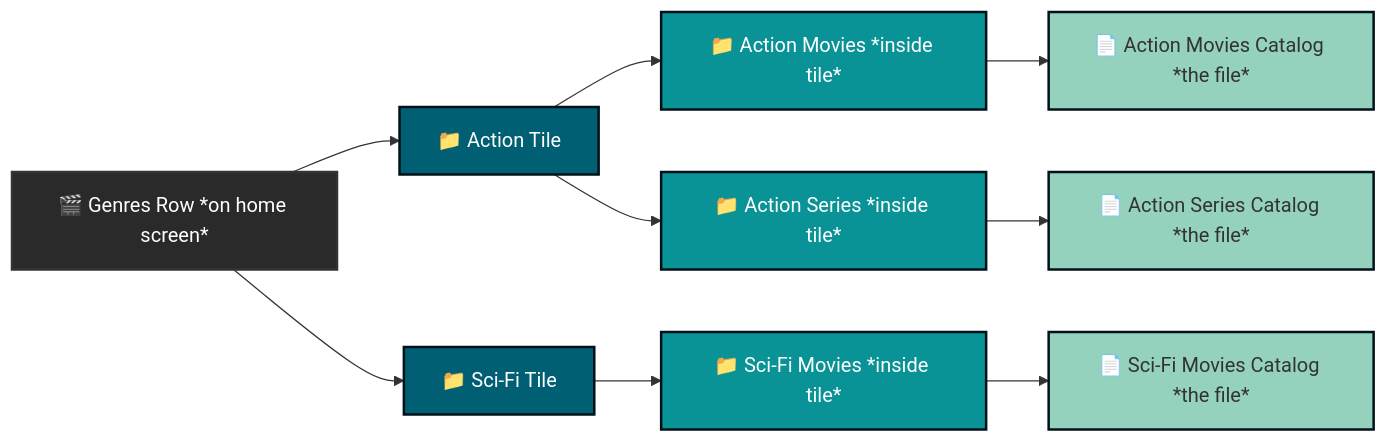
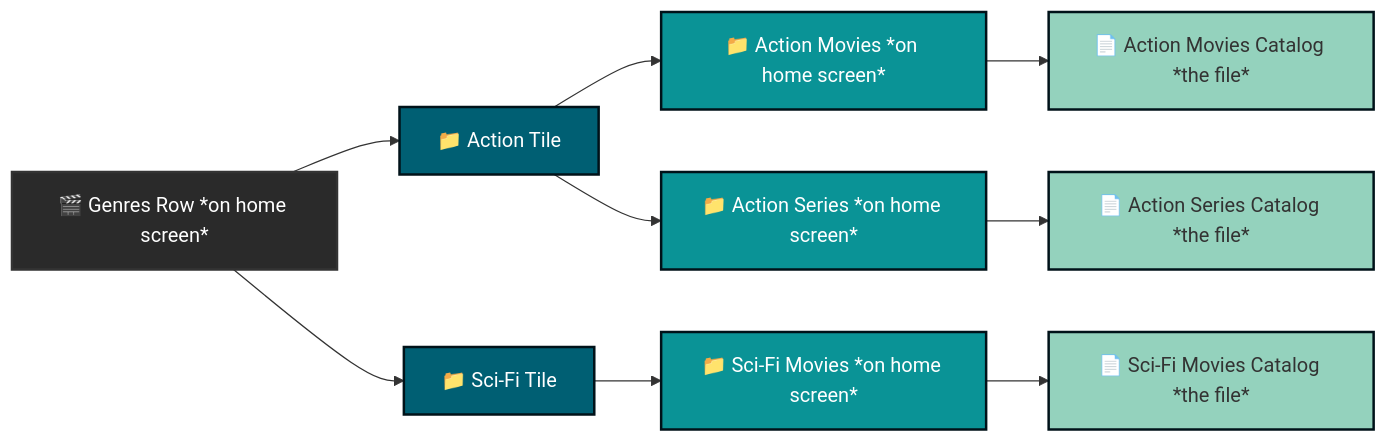
The diagram in docs/settings/collections.md (sappy-69/Nuvio-Wiki), drawn with Mermaid before and after one commit.

````diff
--- a/docs/settings/collections.md
+++ b/docs/settings/collections.md
@@ -24,27 +24,27 @@
 ```mermaid
 graph LR
     %% Level 1: Collection Row on Home Screen
     Row[🎬 Genres Row *on home screen*] --> Tile1[📁 Action Tile]
     Row --> Tile2[📁 Sci-Fi Tile]
 
     %% Level 2 & 3: Tiles containing sub-folders
-    Tile1 --> Action_Movies_SubFolder[📁 Action Movies *inside tile*]
-    Tile1 --> Action_Shows_SubFolder[📁 Action Series *inside tile*]
-    Tile2 --> SciFi_Movies_SubFolder[📁 Sci-Fi Movies *inside tile*]
+    Tile1 --> Action_Movies_SubFolder[📁 Action Movies *on home screen*]
+    Tile1 --> Action_Shows_SubFolder[📁 Action Series *on home screen*]
+    Tile2 --> SciFi_Movies_SubFolder[📁 Sci-Fi Movies *on home screen*]
 
     %% Level 4: The final files/catalogs
     Action_Movies_SubFolder --> Action_Movies_Catalog[📄 Action Movies Catalog *the file*]
     Action_Shows_SubFolder --> Action_Shows_Catalog[📄 Action Series Catalog *the file*]
     SciFi_Movies_SubFolder --> SciFi_Movies_Catalog[📄 Sci-Fi Movies Catalog *the file*]
 
     %% Styling
     classDef row fill:#2a2a2a,stroke:#333,stroke-width:2px,color:#fff
     classDef tile fill:#005f73,stroke:#001219,stroke-width:2px,color:#fff
     classDef subfolder fill:#0a9396,stroke:#001219,stroke-width:2px,color:#fff
     classDef file fill:#94d2bd,stroke:#001219,stroke-width:2px,color:#333
 
     class Row row
     class Tile1,Tile2 tile
     class Action_Movies_SubFolder,Action_Shows_SubFolder,SciFi_Movies_SubFolder subfolder
     class Action_Movies_Catalog,Action_Shows_Catalog,SciFi_Movies_Catalog file
 ```
````
